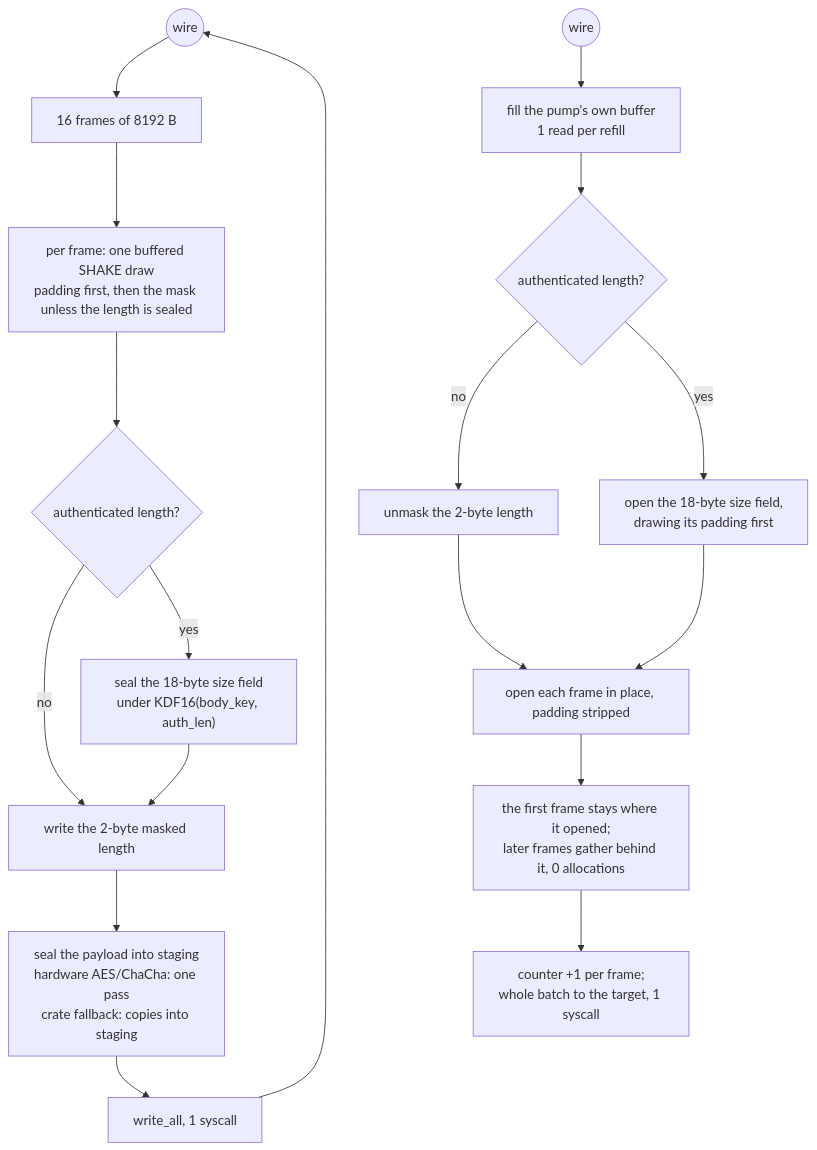
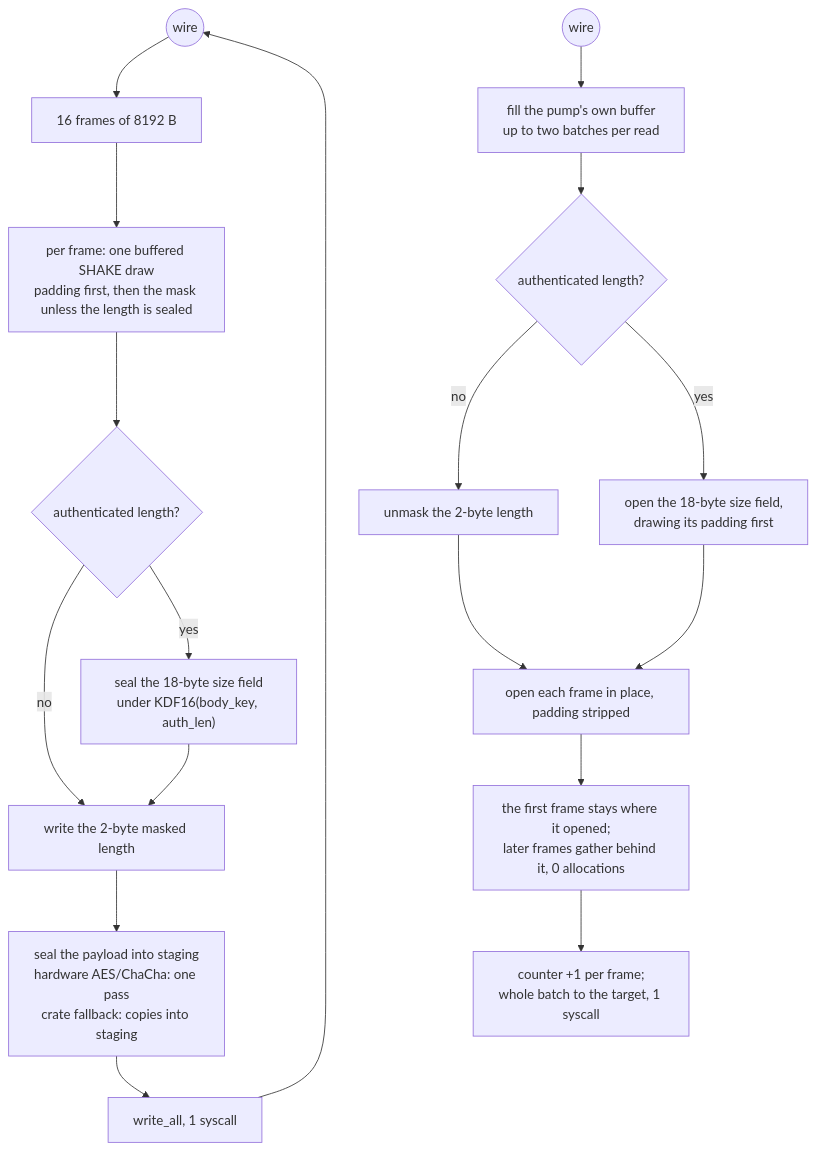
The diagram in docs/function/vmess.md (Ferrocite/ferrox), drawn with Mermaid before and after one commit. The commit also changed other lines of this file and 2 other files, not shown here.

Commit message:
vmess: let one carrier read answer two batches

````diff
--- a/docs/function/vmess.md
+++ b/docs/function/vmess.md
@@ -33,20 +33,20 @@
 ```mermaid
 graph TD
     W["plaintext read, 128 KiB"] --> W1["16 frames of 8192 B"]
     W1 --> W2["per frame: one buffered SHAKE draw<br/>padding first, then the mask unless the length is sealed"]
     W2 --> W2A{"authenticated length?"}
     W2A -->|no| W3["write the 2-byte masked length"]
     W2A -->|yes| W2B["seal the 18-byte size field<br/>under KDF16(body_key, auth_len)"]
     W2B --> W3
     W3 --> W4["seal the payload into staging<br/>hardware AES/ChaCha: one pass<br/>crate fallback: copies into staging"]
     W4 --> W5["write_all, 1 syscall"]
     W5 --> W(("wire"))
-    R(("wire")) --> R1["fill the pump's own buffer<br/>1 read per refill"]
+    R(("wire")) --> R1["fill the pump's own buffer<br/>up to two batches per read"]
     R1 --> R2{"authenticated length?"}
     R2 -->|no| R2A["unmask the 2-byte length"]
     R2 -->|yes| R2B["open the 18-byte size field,<br/>drawing its padding first"]
     R2A --> R3["open each frame in place, padding stripped"]
     R2B --> R3
     R3 --> R4["the first frame stays where it opened;<br/>later frames gather behind it, 0 allocations"]
     R4 --> R5["counter +1 per frame;<br/>whole batch to the target, 1 syscall"]
 ```
````
